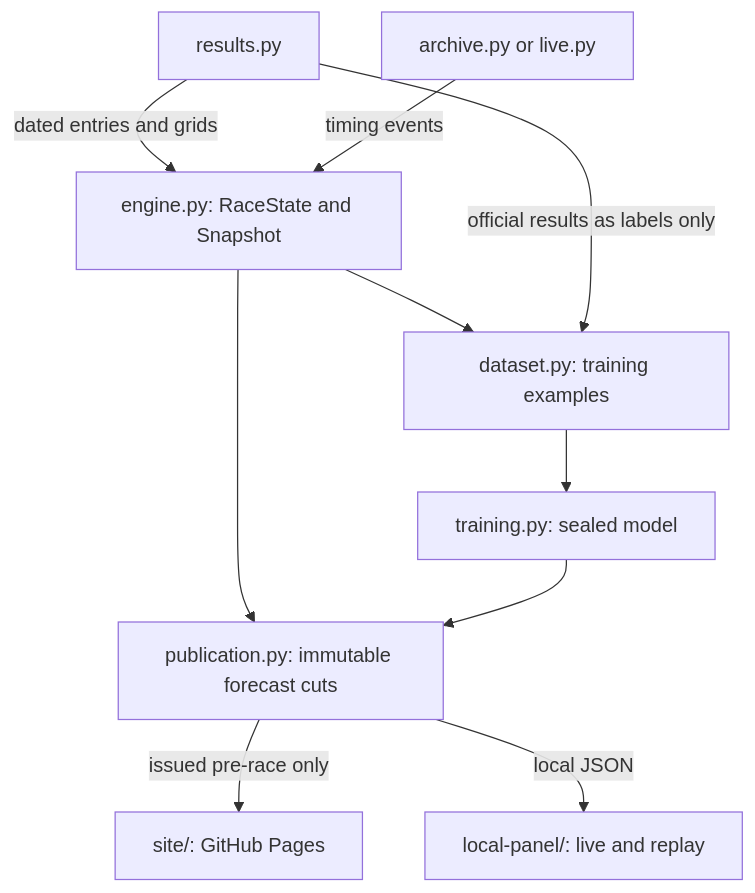
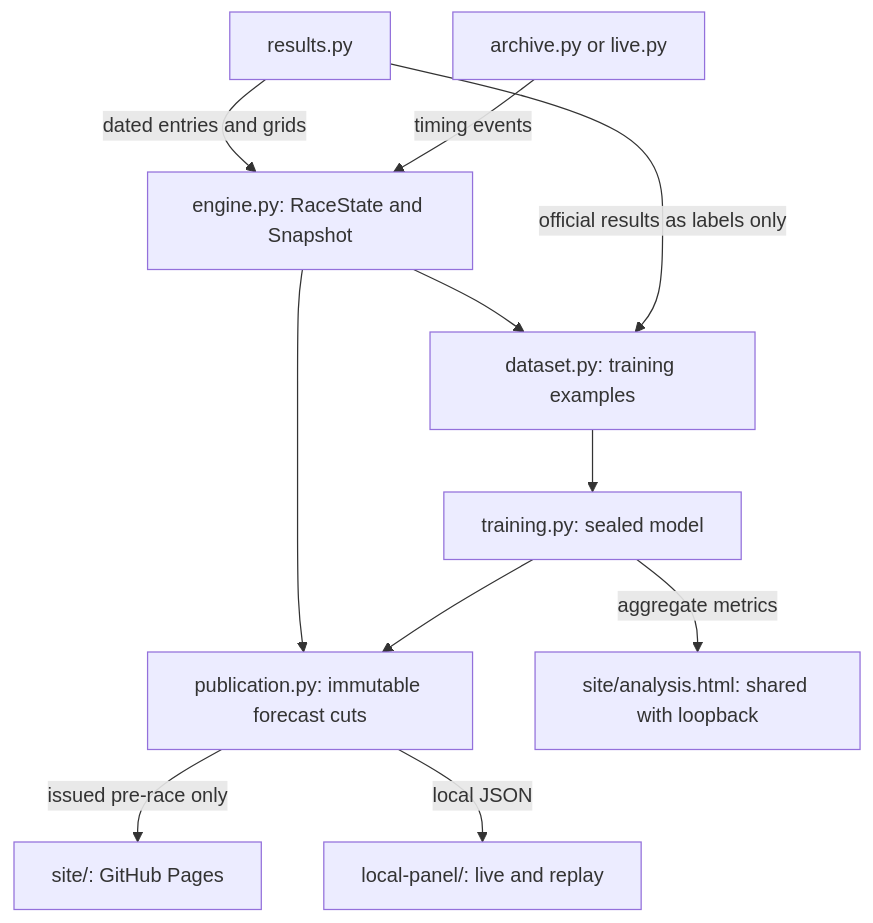
The diagram in AGENTS.md (Hibra999/F1-AwesomeMachinePredictor), drawn with Mermaid before and after one commit. The commit also changed other lines of this file and 21 other files, not shown here.

````diff
--- a/AGENTS.md
+++ b/AGENTS.md
@@ -9,12 +9,13 @@
 ```mermaid
 flowchart TD
     R["results.py"] -->|dated entries and grids| S["engine.py: RaceState and Snapshot"]
     A["archive.py or live.py"] -->|timing events| S
     S --> D["dataset.py: training examples"]
     R -->|official results as labels only| D
     D --> M["training.py: sealed model"]
     S --> P["publication.py: immutable forecast cuts"]
     M --> P
     P -->|issued pre-race only| U["site/: GitHub Pages"]
     P -->|local JSON| L["local-panel/: live and replay"]
+    M -->|aggregate metrics| E["site/analysis.html: shared with loopback"]
 ```
````
